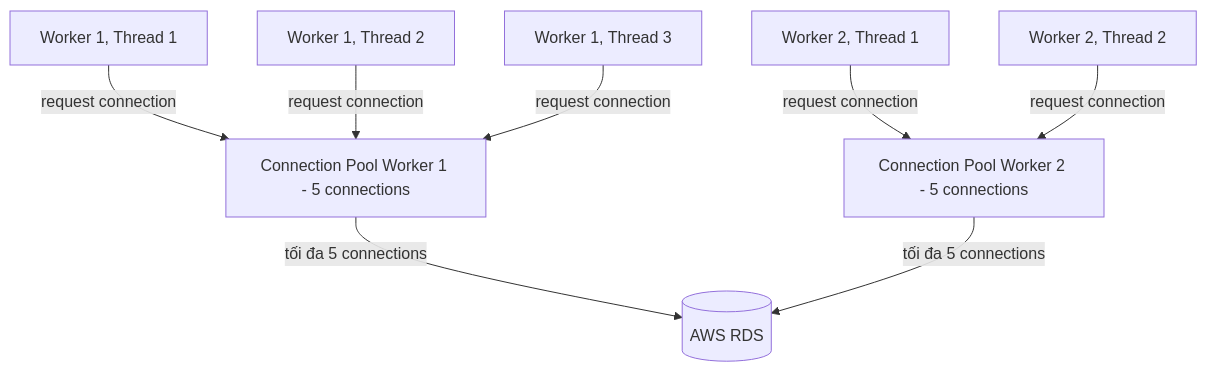
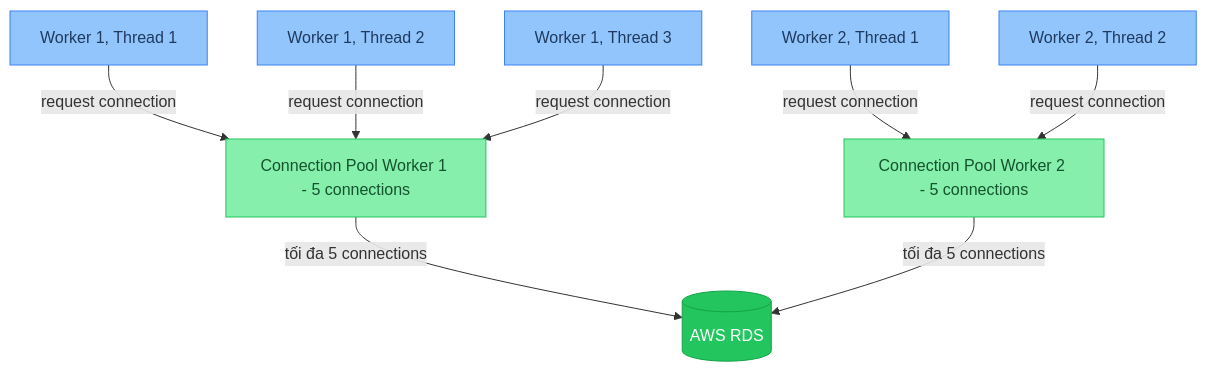
One commit to hswolf/hswolf.github.io changed the fourth of 5 diagrams in src/content/blog/rails-concurrency-p2.md. Above: the diagram before and after it, drawn with Mermaid. The commit also changed other lines of this file, not shown here.

Commit message:
style: Add colors for diagrams for blogs/rails-concurrency-2

````diff
--- a/src/content/blog/rails-concurrency-p2.md
+++ b/src/content/blog/rails-concurrency-p2.md
@@ -214,12 +248,21 @@
 ```mermaid
 flowchart TD
     W1T1[Worker 1, Thread 1] -->|request connection| CP1[Connection Pool Worker 1 - 5 connections]
     W1T2[Worker 1, Thread 2] -->|request connection| CP1
     W1T3[Worker 1, Thread 3] -->|request connection| CP1
 
     W2T1[Worker 2, Thread 1] -->|request connection| CP2[Connection Pool Worker 2 - 5 connections]
     W2T2[Worker 2, Thread 2] -->|request connection| CP2
 
     CP1 -->|tối đa 5 connections| RDS[(AWS RDS)]
     CP2 -->|tối đa 5 connections| RDS
+
+    style W1T1 fill:#93c5fd,stroke:#3b82f6,color:#1e3a5f
+    style W1T2 fill:#93c5fd,stroke:#3b82f6,color:#1e3a5f
+    style W1T3 fill:#93c5fd,stroke:#3b82f6,color:#1e3a5f
+    style W2T1 fill:#93c5fd,stroke:#3b82f6,color:#1e3a5f
+    style W2T2 fill:#93c5fd,stroke:#3b82f6,color:#1e3a5f
+    style CP1 fill:#86efac,stroke:#22c55e,color:#14532d
+    style CP2 fill:#86efac,stroke:#22c55e,color:#14532d
+    style RDS fill:#22c55e,stroke:#16a34a,color:#fff
 ```
````
